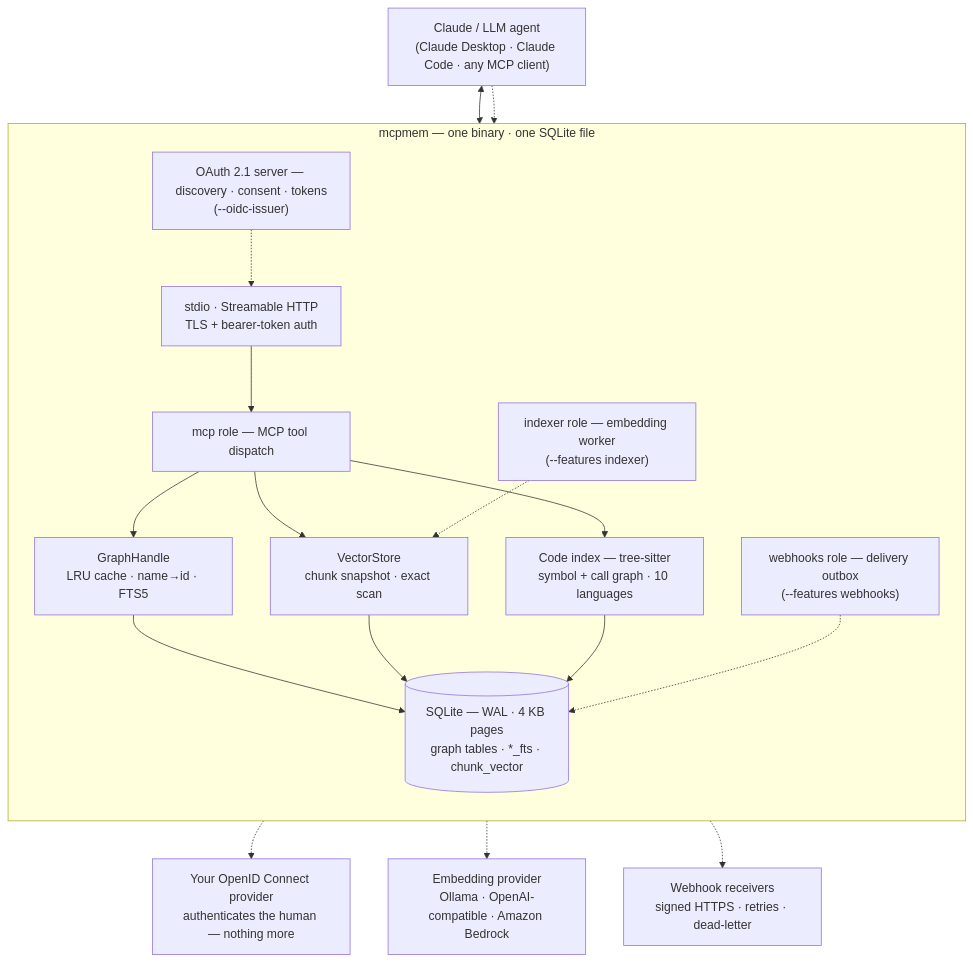
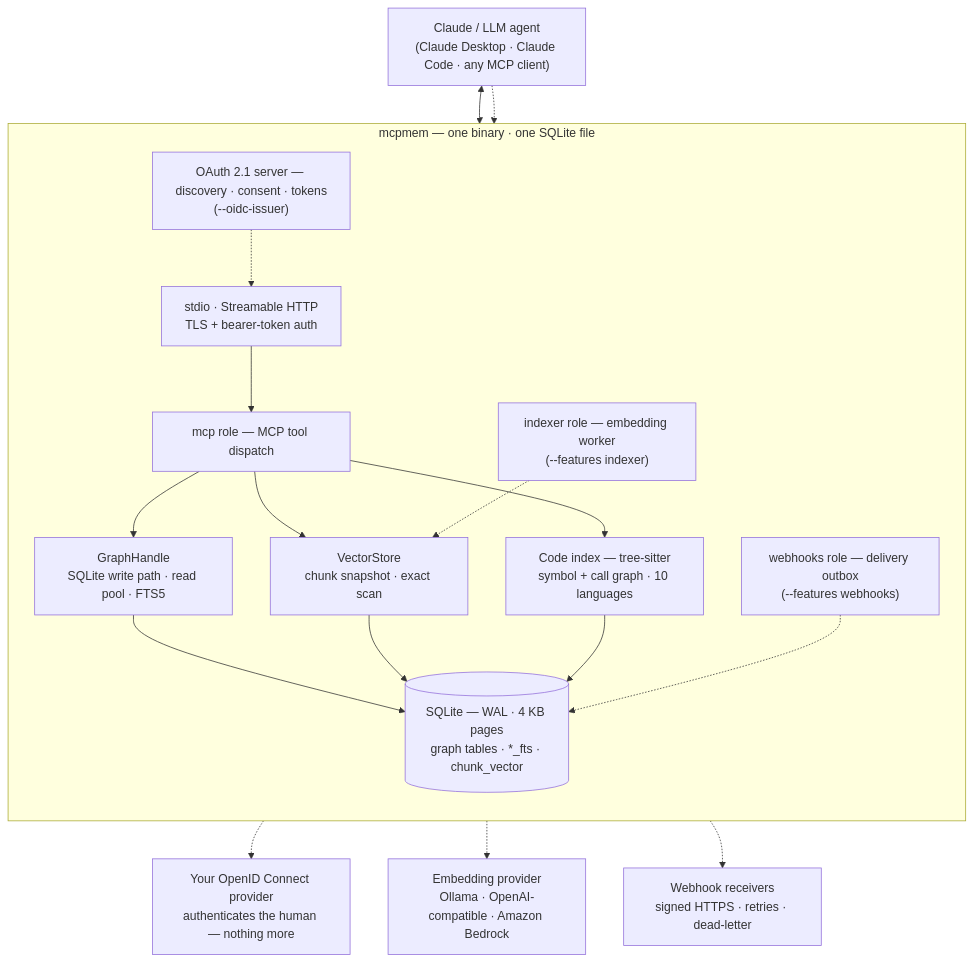
Before and after one commit to abankowski/mcpmem: the diagram in README.md, drawn with Mermaid. The commit also changed other lines of this file and 1 other file, not shown here.

````diff
--- a/README.md
+++ b/README.md
@@ -44,33 +44,33 @@
 ```mermaid
 flowchart TB
   Agent["Claude / LLM agent<br/>(Claude Desktop · Claude Code · any MCP client)"]
   Oidc["Your OpenID Connect provider<br/>authenticates the human — nothing more"]
   Embed["Embedding provider<br/>Ollama · OpenAI-compatible · Amazon Bedrock"]
   Hooks["Webhook receivers<br/>signed HTTPS · retries · dead-letter"]
 
   subgraph mem["mcpmem — one binary · one SQLite file"]
     direction TB
     Tr["stdio · Streamable HTTP<br/>TLS + bearer-token auth"]
     Mcp["mcp role — MCP tool dispatch"]
     OAuth["OAuth 2.1 server — discovery · consent · tokens<br/>(--oidc-issuer)"]
     Idx["indexer role — embedding worker<br/>(--features indexer)"]
     Wbk["webhooks role — delivery outbox<br/>(--features webhooks)"]
-    Gr["GraphHandle<br/>LRU cache · name→id · FTS5"]
+    Gr["GraphHandle<br/>SQLite write path · read pool · FTS5"]
     Vc["VectorStore<br/>chunk snapshot · exact scan"]
     Cd["Code index — tree-sitter<br/>symbol + call graph · 10 languages"]
     Sql[("SQLite — WAL · 4 KB pages<br/>graph tables · *_fts · chunk_vector")]
 
     Tr --> Mcp
     Mcp --> Gr & Vc & Cd
     Gr & Vc & Cd --> Sql
     OAuth -.-> Tr
     Idx -.-> Vc
     Wbk -.-> Sql
   end
 
   Agent <--> Tr
   Agent -.-> OAuth
   OAuth -.-> Oidc
   Idx -.-> Embed
   Wbk -.-> Hooks
 ```
````
